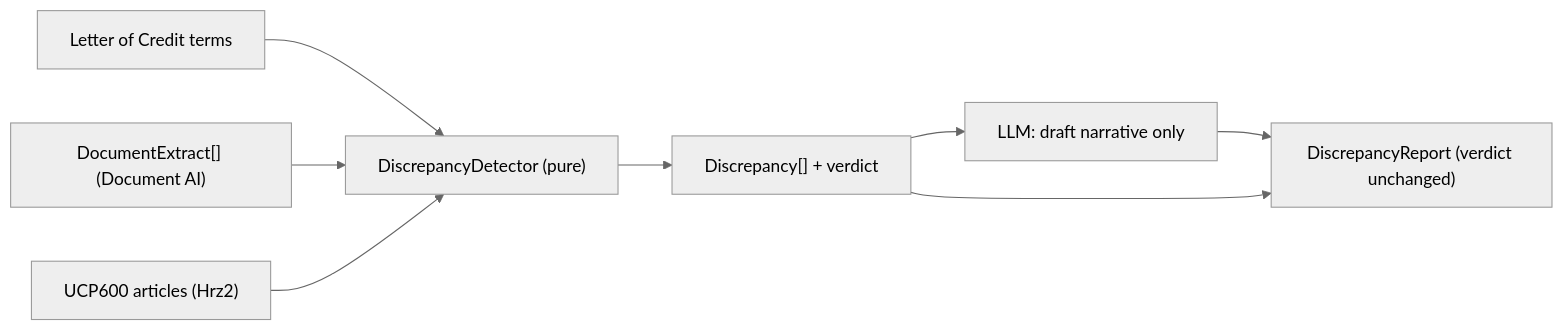
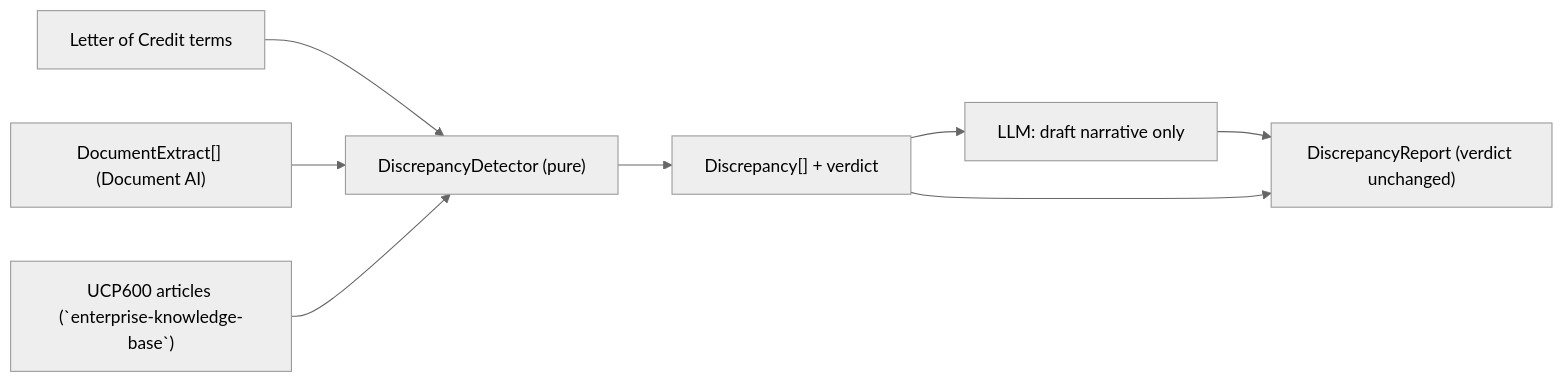
The fourth of 5 diagrams in ARCHITECTURE.md (portable-genai/trade-finance-checker), drawn with Mermaid (neutral theme) before and after one commit. The commit also changed other lines of this file and 34 other files, not shown here.

````diff
--- a/ARCHITECTURE.md
+++ b/ARCHITECTURE.md
@@ -215,10 +215,10 @@
 ```mermaid
 flowchart LR
     LC["Letter of Credit terms"] --> DET["DiscrepancyDetector (pure)"]
     EXT["DocumentExtract[] (Document AI)"] --> DET
-    RUL["UCP600 articles (Hrz2)"] --> DET
+    RUL["UCP600 articles (`enterprise-knowledge-base`)"] --> DET
     DET --> FIND["Discrepancy[] + verdict"]
     FIND --> LLM["LLM: draft narrative only"]
     LLM --> REPORT["DiscrepancyReport (verdict unchanged)"]
     FIND --> REPORT
 ```
````
